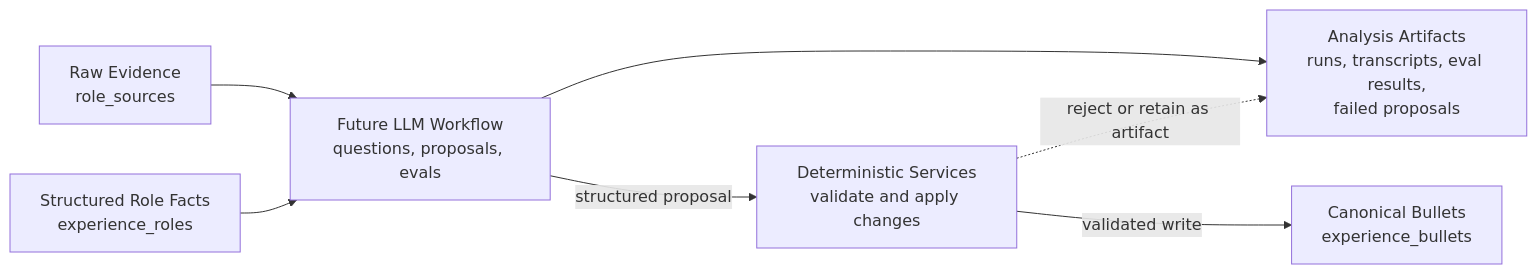
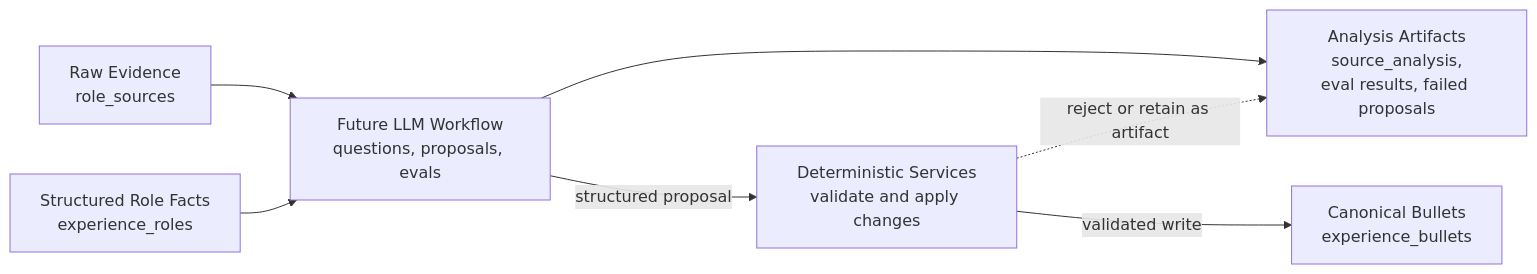
One commit to rsauers0/career-agent changed the fourth of 5 diagrams in docs/diagrams.md. Above: the diagram before and after it, drawn with Mermaid. The commit also changed other lines of this file and 6 other files, not shown here.

First line of the commit message:
Add source analysis models

````diff
--- a/docs/diagrams.md
+++ b/docs/diagrams.md
@@ -68,16 +72,16 @@
 ```mermaid
 flowchart LR
     RawEvidence["Raw Evidence<br/>role_sources"]
     RoleFacts["Structured Role Facts<br/>experience_roles"]
     LLMWorkflow["Future LLM Workflow<br/>questions, proposals, evals"]
-    AnalysisArtifacts["Analysis Artifacts<br/>runs, transcripts, eval results,<br/>failed proposals"]
+    AnalysisArtifacts["Analysis Artifacts<br/>source_analysis,<br/>eval results, failed proposals"]
     Services["Deterministic Services<br/>validate and apply changes"]
     CanonicalBullets["Canonical Bullets<br/>experience_bullets"]
 
     RawEvidence --> LLMWorkflow
     RoleFacts --> LLMWorkflow
     LLMWorkflow --> AnalysisArtifacts
     LLMWorkflow -->|"structured proposal"| Services
     Services -->|"validated write"| CanonicalBullets
     Services -. "reject or retain as artifact" .-> AnalysisArtifacts
 ```
````
